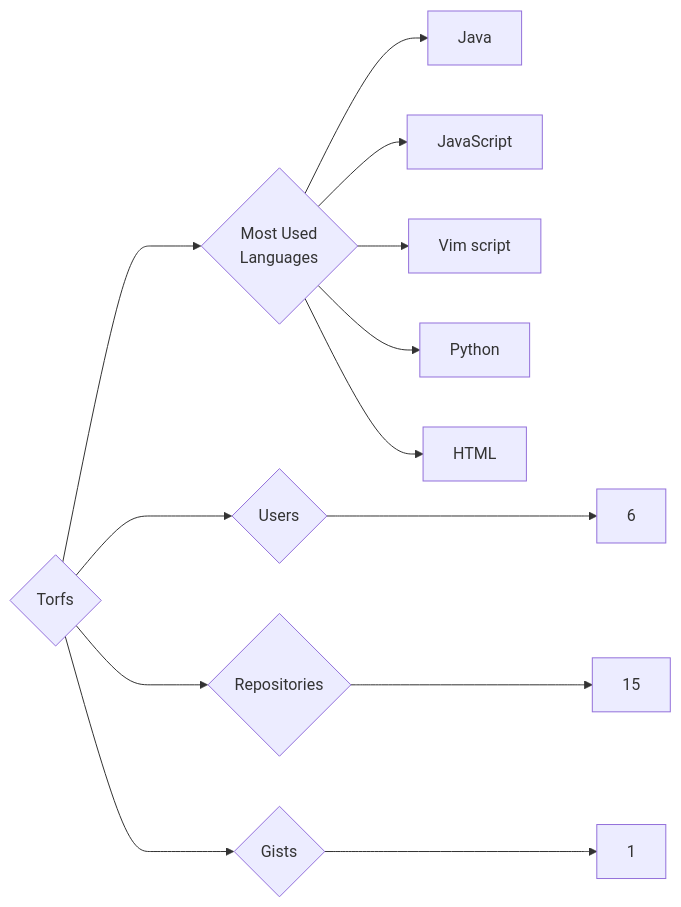
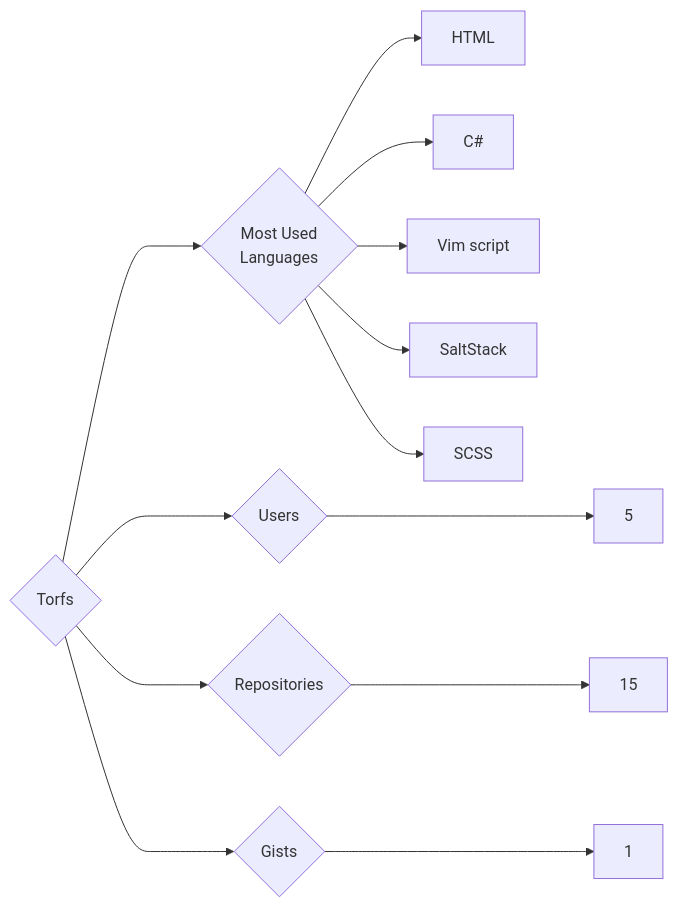
Before and after one commit to trickest/insiders: the diagram in targets/Torfs/README.md, drawn with Mermaid. The commit also changed 953 other files, not shown here.

````diff
--- a/targets/Torfs/README.md
+++ b/targets/Torfs/README.md
@@ -3,13 +3,13 @@
 ```mermaid
 graph LR
 COMPANY_NAME{Torfs}
-COMPANY_NAME ---> U{Users} ---> UN[6]
+COMPANY_NAME ---> U{Users} ---> UN[5]
 COMPANY_NAME ---> R{Repositories} ---> RN[15]
 COMPANY_NAME ---> G{Gists} ---> GN[1]
 COMPANY_NAME ---> ML{Most Used<br>Languages}
-ML --> Java[Java]
-ML --> JavaScript[JavaScript]
+ML --> HTML[HTML]
+ML --> C#[C#]
 ML --> Vim_script[Vim script]
-ML --> Python[Python]
-ML --> HTML[HTML]
+ML --> SaltStack[SaltStack]
+ML --> SCSS[SCSS]
 ```
````
